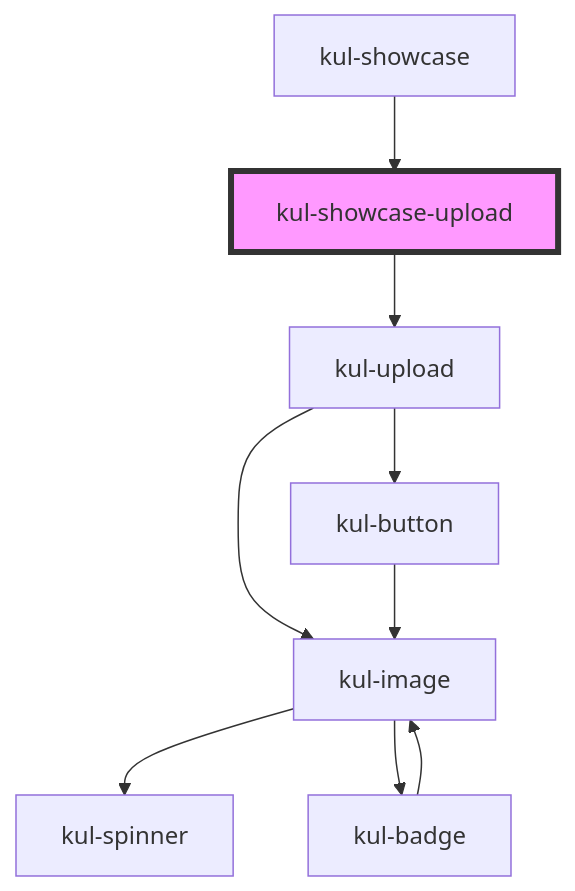
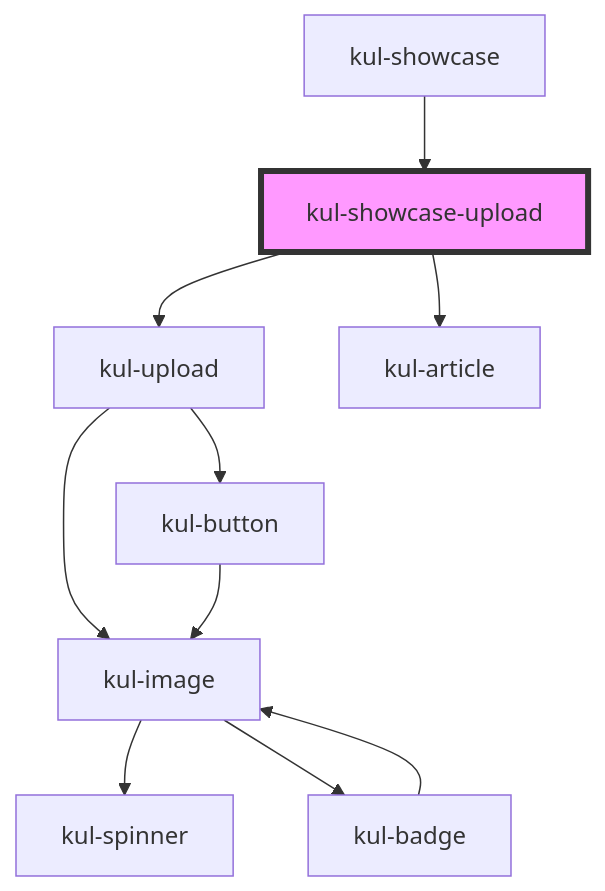
The diagram in packages/ketchup-lite/src/components/kul-showcase/components/upload/readme.md (smeup/ketchup), drawn with Mermaid before and after one commit. The commit also changed other lines of this file and 15 other files, not shown here.

````diff
--- a/packages/ketchup-lite/src/components/kul-showcase/components/upload/readme.md
+++ b/packages/ketchup-lite/src/components/kul-showcase/components/upload/readme.md
@@ -29,12 +30,13 @@
 ```mermaid
 graph TD;
   kul-showcase-upload --> kul-upload
+  kul-showcase-upload --> kul-article
   kul-upload --> kul-image
   kul-upload --> kul-button
   kul-image --> kul-spinner
   kul-image --> kul-badge
   kul-badge --> kul-image
   kul-button --> kul-image
   kul-showcase --> kul-showcase-upload
   style kul-showcase-upload fill:#f9f,stroke:#333,stroke-width:4px
 ```
````
